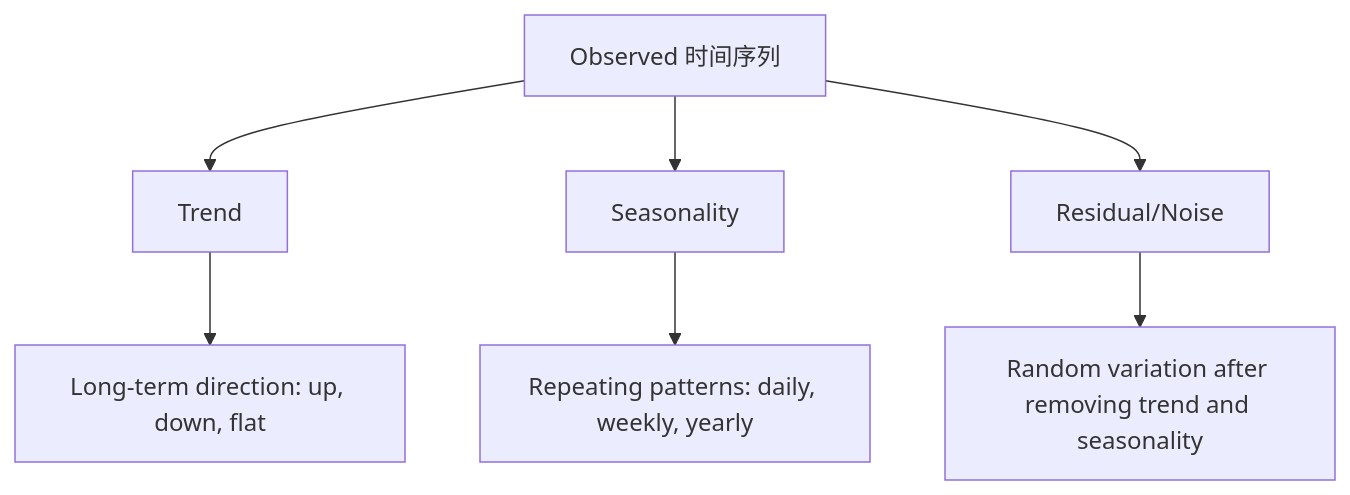
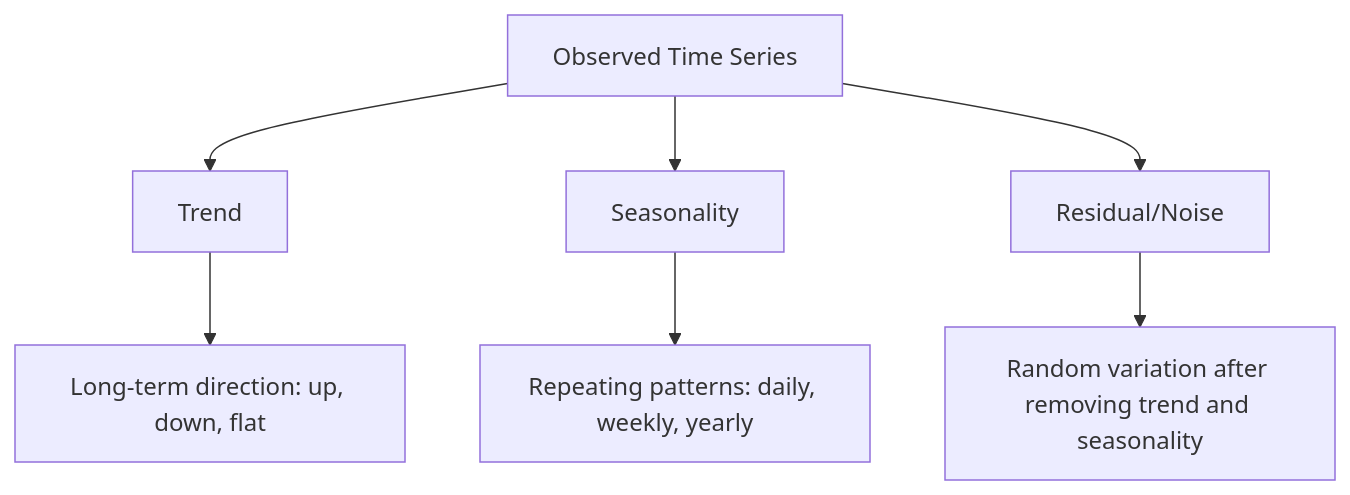
One commit to arwei944/ai-engineering-from-scratch changed the second of 3 diagrams in phases/02-ml-fundamentals/15-time-series/docs/zh.md. Above: the diagram before and after it, drawn with Mermaid. The commit also changed other lines of this file and 65 other files, not shown here.

````diff
--- a/phases/02-ml-fundamentals/15-time-series/docs/zh.md
+++ b/phases/02-ml-fundamentals/15-time-series/docs/zh.md
@@ -69,10 +69,10 @@
 ```mermaid
 flowchart TD
-    A[Observed 时间序列] --> B[Trend]
+    A[Observed Time Series] --> B[Trend]
     A --> C[Seasonality]
     A --> D[Residual/Noise]
 
     B --> E[Long-term direction: up, down, flat]
     C --> F[Repeating patterns: daily, weekly, yearly]
     D --> G[Random variation after removing trend and seasonality]
 ```
````
